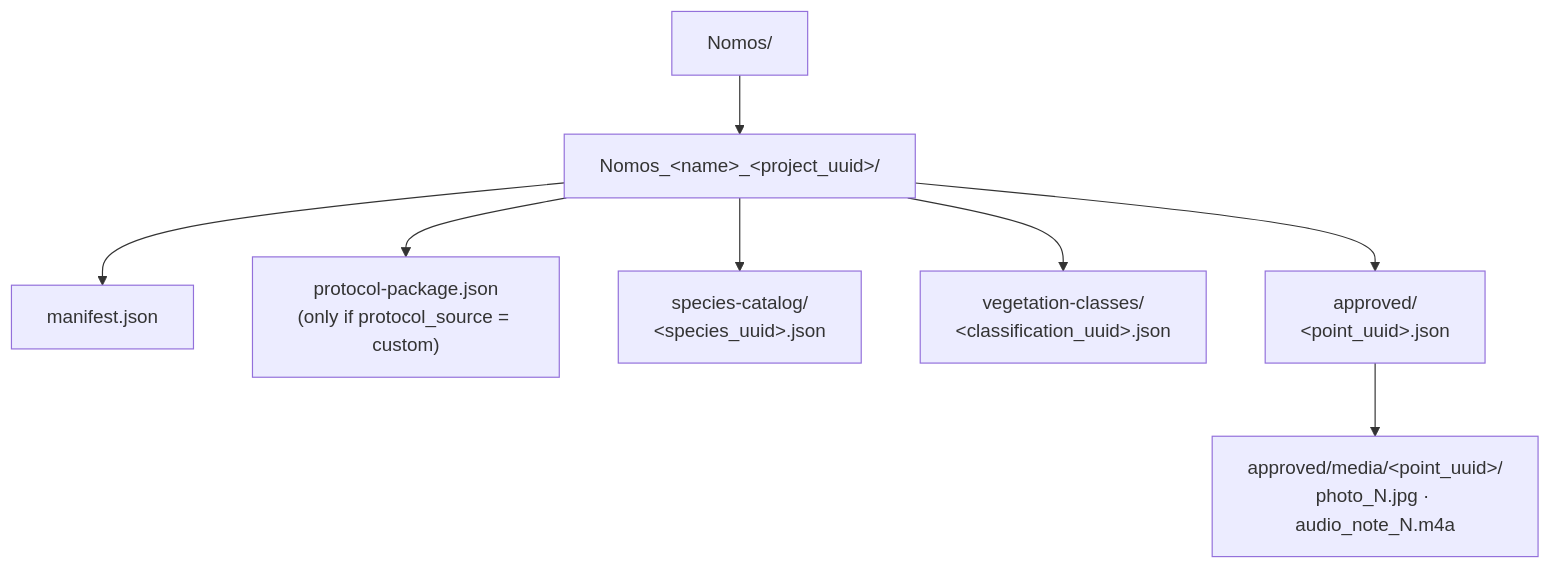
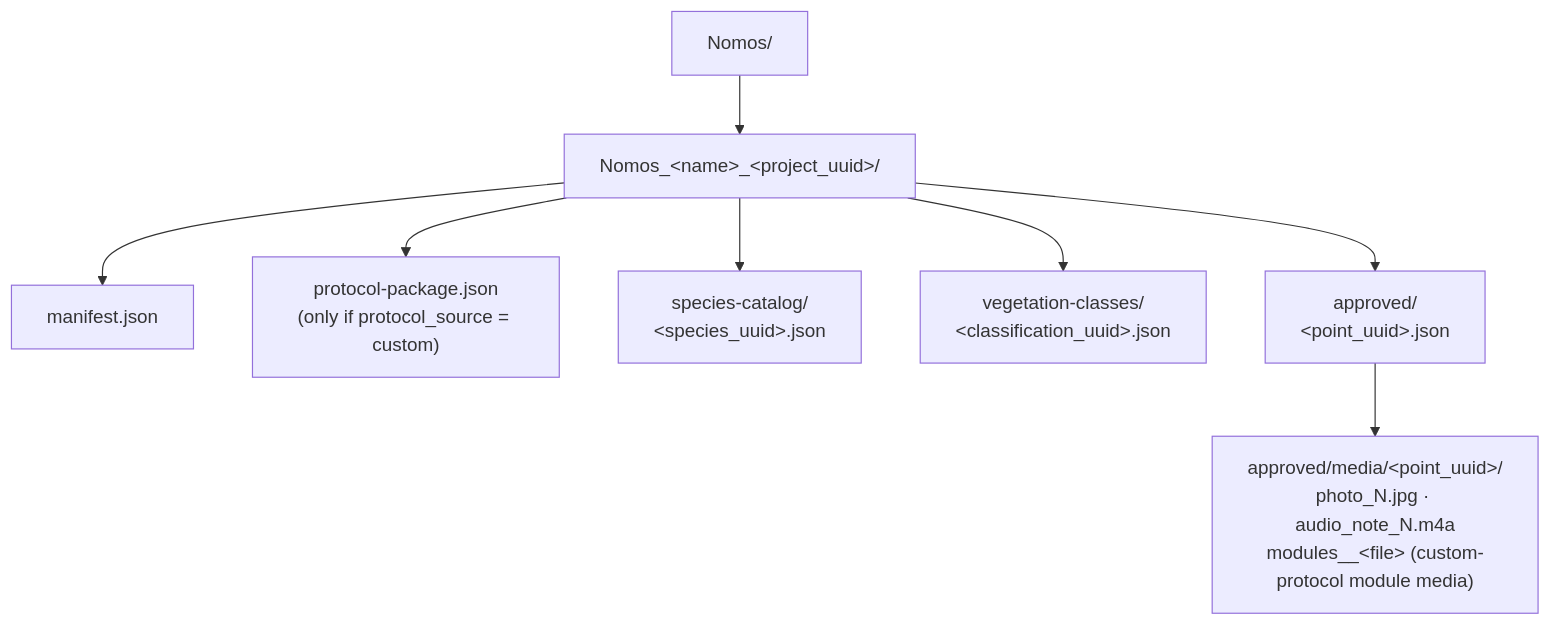
The diagram in docs/12_BACKUP_COLLABORATION.md (pablonvsx/nomos), drawn with Mermaid before and after one commit. The commit also changed other lines of this file and 50 other files, not shown here.

Commit message:
feat: add module media handling and validation for custom protocols

````diff
--- a/docs/12_BACKUP_COLLABORATION.md
+++ b/docs/12_BACKUP_COLLABORATION.md
@@ -172,10 +324,10 @@
 ```mermaid
 graph TD
     Root["Nomos/"] --> Proj["Nomos_&lt;name&gt;_&lt;project_uuid&gt;/"]
     Proj --> Manifest["manifest.json"]
     Proj --> Protocol["protocol-package.json<br/>(only if protocol_source = custom)"]
     Proj --> SpeciesCat["species-catalog/<br/>&lt;species_uuid&gt;.json"]
     Proj --> VegClasses["vegetation-classes/<br/>&lt;classification_uuid&gt;.json"]
     Proj --> Approved["approved/<br/>&lt;point_uuid&gt;.json"]
-    Approved --> Media["approved/media/&lt;point_uuid&gt;/<br/>photo_N.jpg · audio_note_N.m4a"]
+    Approved --> Media["approved/media/&lt;point_uuid&gt;/<br/>photo_N.jpg · audio_note_N.m4a<br/>modules__&lt;file&gt; (custom-protocol module media)"]
 ```
````
